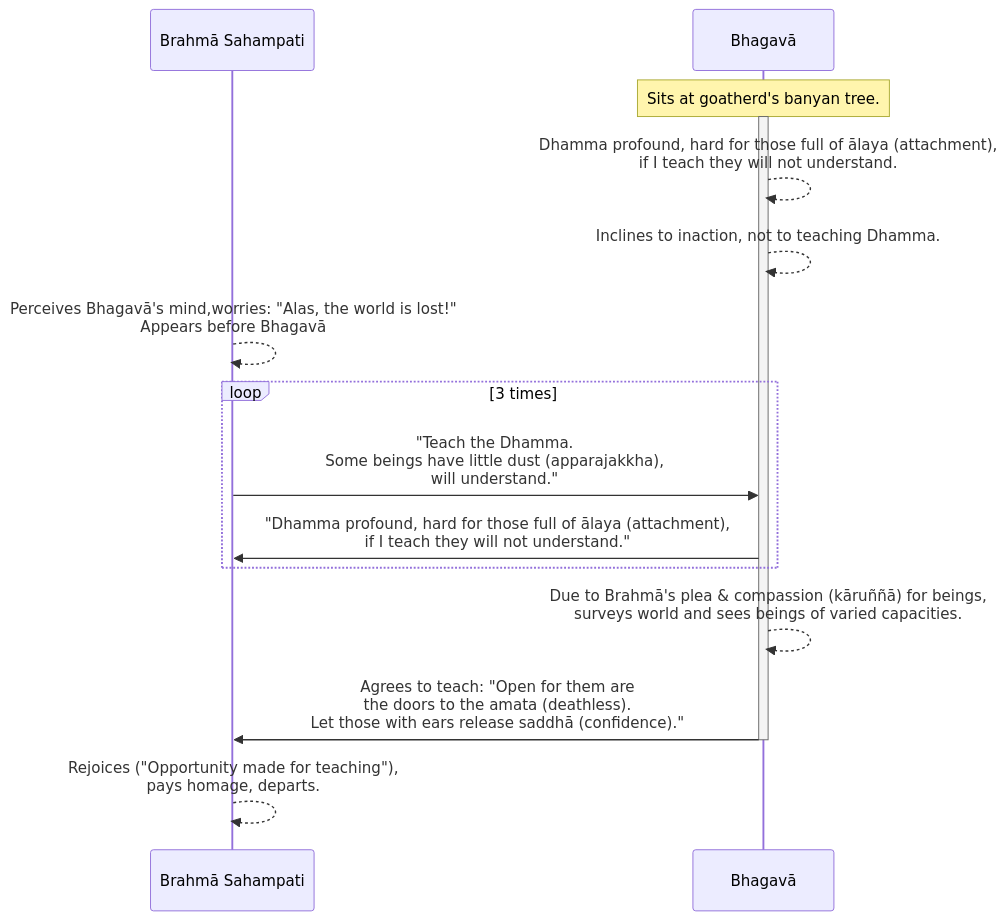
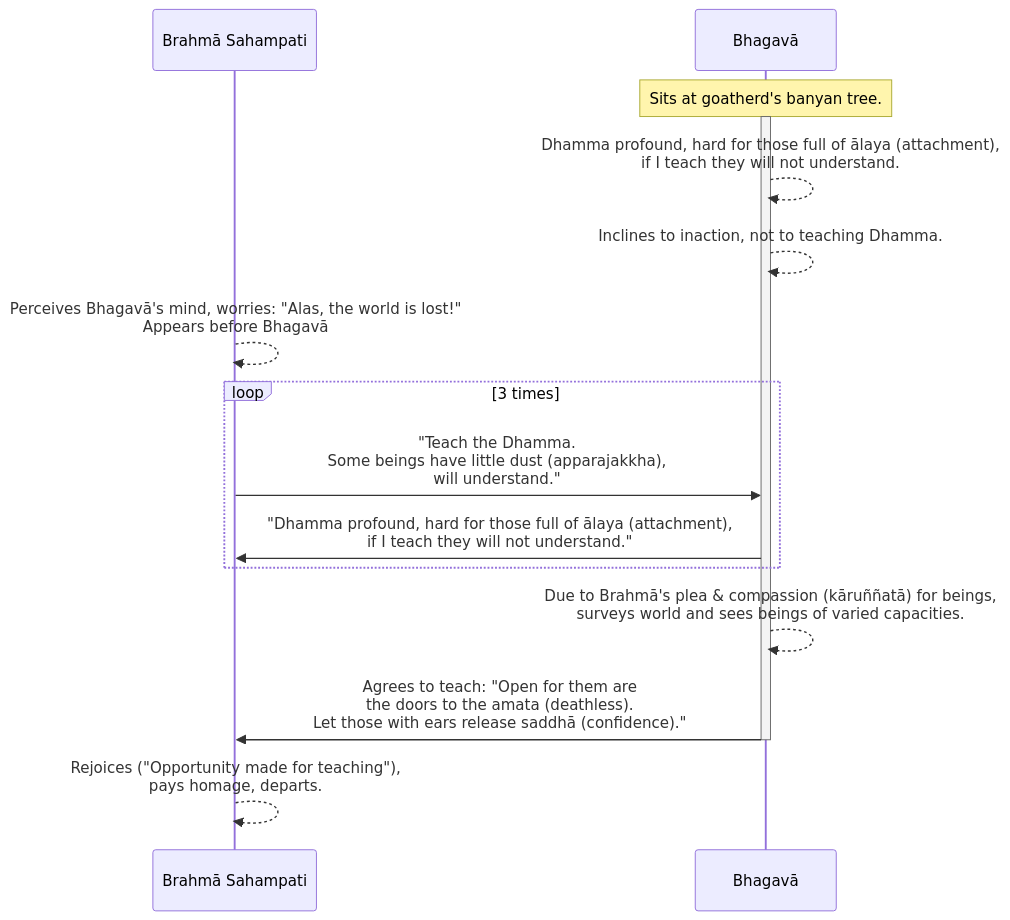
One commit to tidipa/tidipa.github.io changed the diagram in src/content/docs/khandhaka/1-5.mdx. Above: the diagram before and after it, drawn with Mermaid. The commit also changed other lines of this file and 48 other files, not shown here.

````diff
--- a/src/content/docs/khandhaka/1-5.mdx
+++ b/src/content/docs/khandhaka/1-5.mdx
@@ -29,29 +29,29 @@
 ```mermaid
 sequenceDiagram
     participant BS as Brahmā Sahampati
     participant B as Bhagavā
 
     Note over B: Sits at goatherd's banyan tree.
 
     activate B
 
     B-->>B: Dhamma profound, hard for those full of ālaya (attachment),<br> if I teach they will not understand.
 
     B-->>B: Inclines to inaction, not to teaching Dhamma.
 
-    BS-->>BS: Perceives Bhagavā's mind,worries: "Alas, the world is lost!"<br>Appears before Bhagavā
+    BS-->>BS: Perceives Bhagavā's mind, worries: "Alas, the world is lost!"<br>Appears before Bhagavā
 
     loop 3 times
         BS->>B: "Teach the Dhamma.<br/>Some beings have little dust (apparajakkha),<br/>will understand."
 
         B->>BS: "Dhamma profound, hard for those full of ālaya (attachment),<br> if I teach they will not understand."
     end
 
-    B-->>B:  Due to Brahmā's plea & compassion (kāruññā) for beings,<br/>surveys world and sees beings of varied capacities.
+    B-->>B:  Due to Brahmā's plea & compassion (kāruññatā) for beings,<br/>surveys world and sees beings of varied capacities.
 
     B->>BS: Agrees to teach: "Open for them are<br/>the doors to the amata (deathless).<br/>Let those with ears release saddhā (confidence)."
 
     deactivate B
 
     BS-->>BS: Rejoices ("Opportunity made for teaching"),<br/>pays homage, departs.
 ```
````
